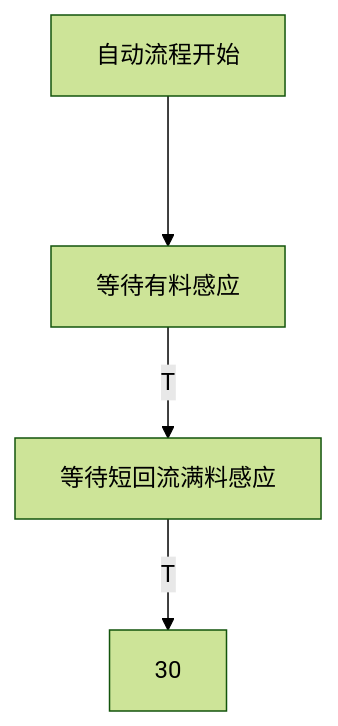
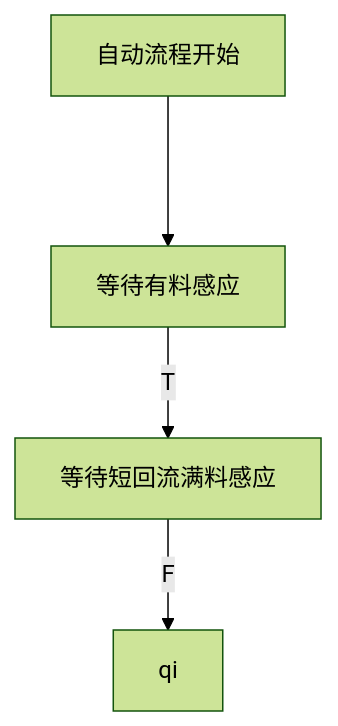
One commit to zmq000/iodraw-files changed the diagram in all/未命名.md. Above: the diagram before and after it, drawn with Mermaid (forest theme).

Commit message:
2026-06-17 20:50:13 update

````diff
--- a/all/未命名.md
+++ b/all/未命名.md
@@ -1,6 +1,7 @@
 ```mermaid
 graph TD
 自动流程开始--->10
 10[等待有料感应]-->|T|20
-20[等待短回流满料感应]-->|T|30
+20[等待短回流满料感应]-->|F|30
+30[qi]
 ```
````
